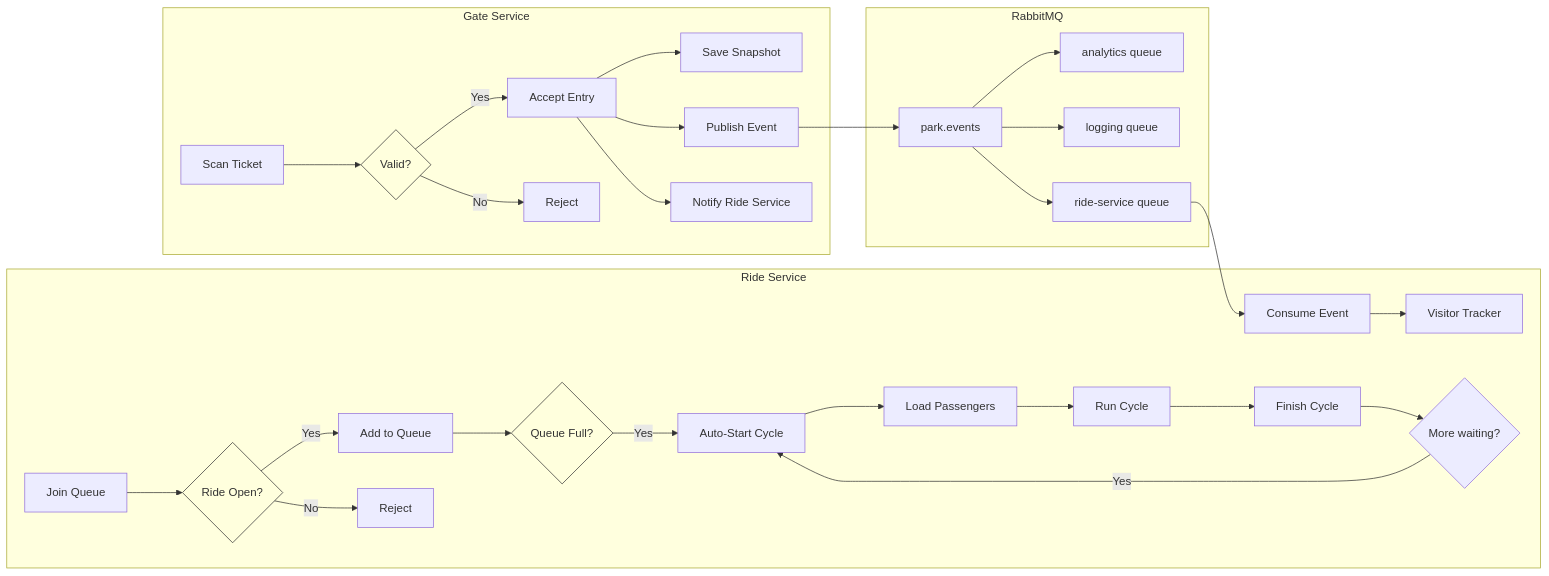
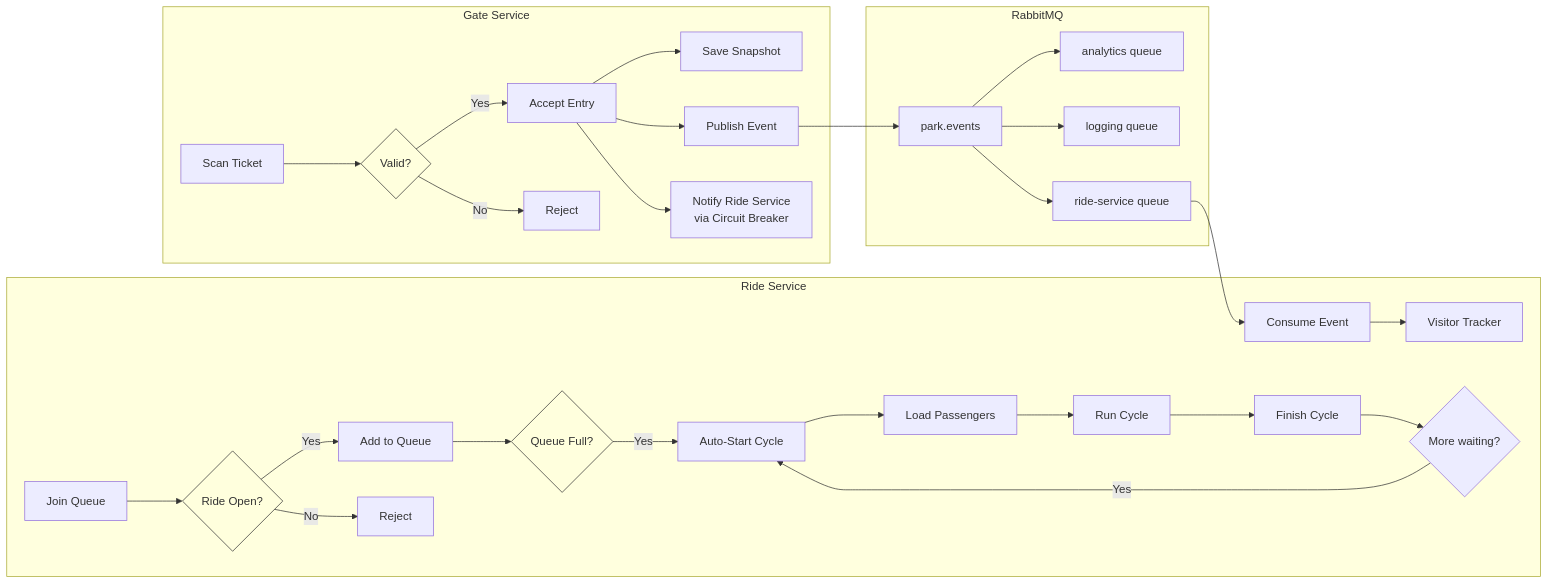
One commit to Myri23/CY_Land changed the seventh of 16 diagrams in docs/ARCHITECTURE.md. Above: the diagram before and after it, drawn with Mermaid. The commit also changed other lines of this file, not shown here.

First line of the commit message:
Enhance architecture documentation with resilience and testing

````diff
--- a/docs/ARCHITECTURE.md
+++ b/docs/ARCHITECTURE.md
@@ -310,41 +339,41 @@
 ```mermaid
 flowchart LR
     subgraph "Gate Service"
         SCAN[Scan Ticket] --> VALIDATE{Valid?}
         VALIDATE -->|Yes| ACCEPT[Accept Entry]
         VALIDATE -->|No| REJECT[Reject]
         
         ACCEPT --> SNAPSHOT[Save Snapshot]
         ACCEPT --> PUBLISH[Publish Event]
-        ACCEPT --> NOTIFY[Notify Ride Service]
+        ACCEPT --> NOTIFY[Notify Ride Service<br/>via Circuit Breaker]
     end
     
     subgraph "RabbitMQ"
         PUBLISH --> EXCHANGE[park.events]
         EXCHANGE --> QUEUE1[analytics queue]
         EXCHANGE --> QUEUE2[logging queue]
         EXCHANGE --> QUEUE3[ride-service queue]
     end
     
     subgraph "Ride Service"
         QUEUE3 --> CONSUME[Consume Event]
         CONSUME --> TRACKER[Visitor Tracker]
         
         JOIN[Join Queue] --> RIDE{Ride Open?}
         RIDE -->|Yes| QUEUE_ADD[Add to Queue]
         RIDE -->|No| REJECT2[Reject]
         
         QUEUE_ADD --> AUTO{Queue Full?}
         AUTO -->|Yes| START[Auto-Start Cycle]
         
         START --> LOAD[Load Passengers]
         LOAD --> RUN[Run Cycle]
         RUN --> FINISH[Finish Cycle]
         FINISH --> NEXT{More waiting?}
         NEXT -->|Yes| START
     end
     
     style VALIDATE fill:#ffd,stroke:#333
     style RIDE fill:#ffd,stroke:#333
     style AUTO fill:#ffd,stroke:#333
 ```
````
